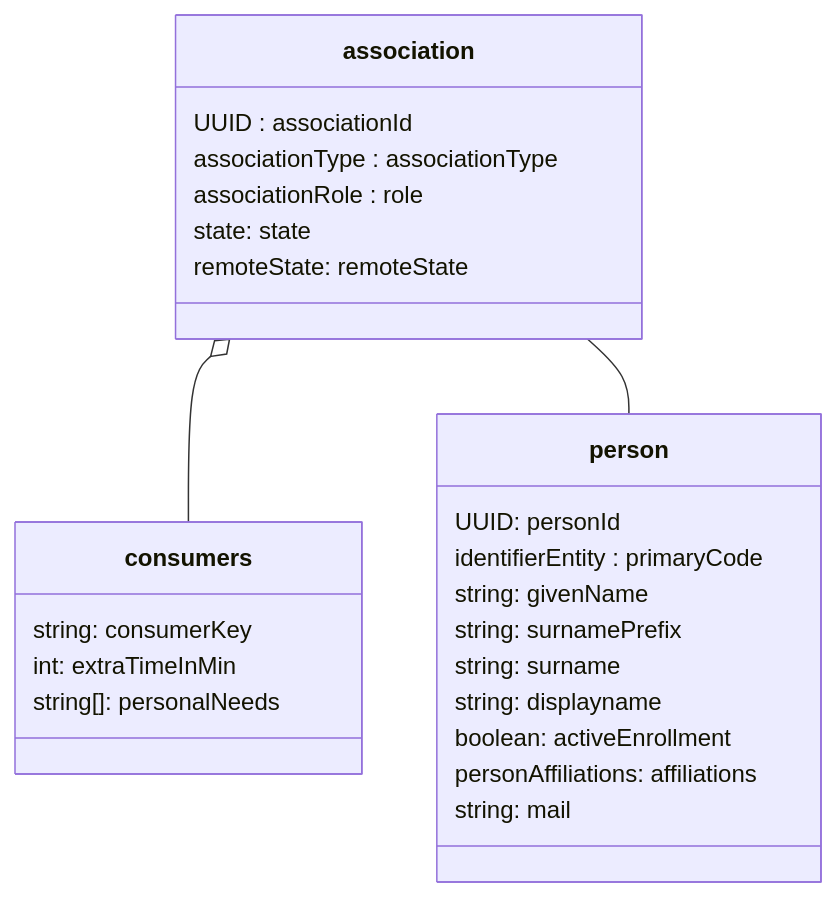
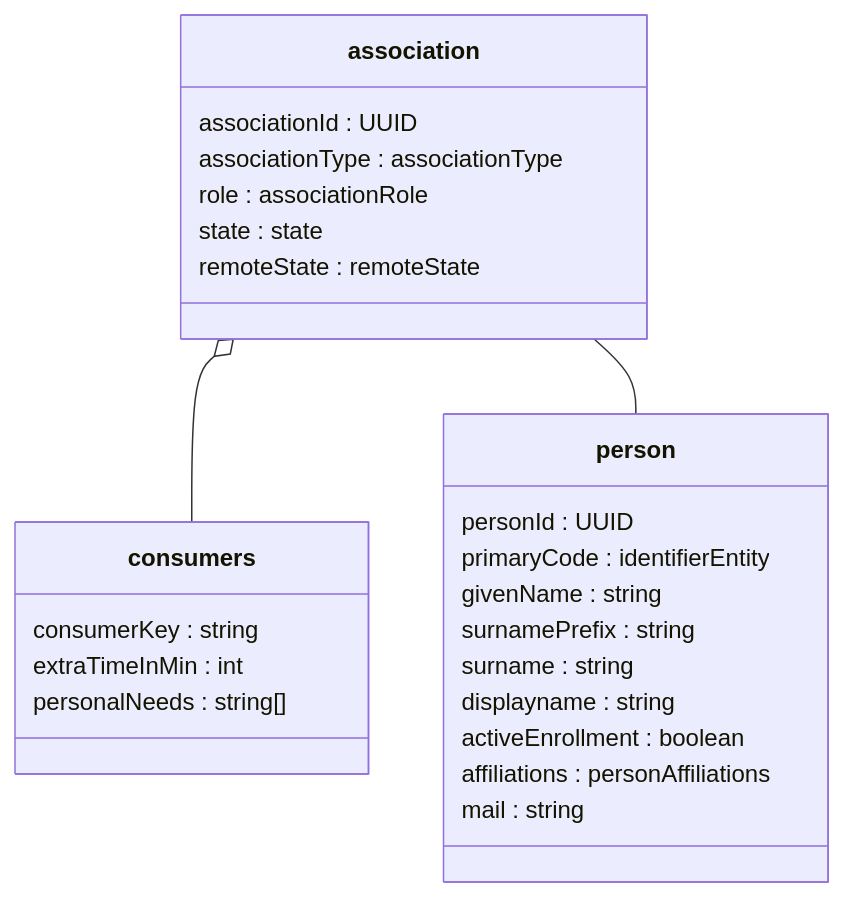
The fourth of 8 diagrams in doc/flow2.md (NetwerkExamineringDigitalisering/NED-OOAPI), drawn with Mermaid before and after one commit. The commit also changed other lines of this file, not shown here.

Commit message:
Update flow2.md
class diagrams fixed (name and type of attributes swapped)

````diff
--- a/doc/flow2.md
+++ b/doc/flow2.md
@@ -130,28 +130,28 @@
 ```mermaid
 classDiagram
     class association {
-    	UUID : associationId
+    	associationId : UUID
 	associationType : associationType
-	associationRole : role
-	state: state
-	remoteState: remoteState
+	role : associationRole
+	state : state
+	remoteState : remoteState
     }
     class consumers {
-    	string: consumerKey
-	int: extraTimeInMin
-	string[]: personalNeeds
+    	consumerKey : string
+	extraTimeInMin : int
+	personalNeeds : string[]
     }
     class person {
-	UUID: personId
-	identifierEntity : primaryCode
-	string: givenName
-	string: surnamePrefix
-	string: surname
-	string: displayname
-	boolean: activeEnrollment
-	personAffiliations: affiliations
-	string: mail
+	personId : UUID
+	primaryCode : identifierEntity
+	givenName : string
+	surnamePrefix : string 
+	surname : string
+	displayname : string
+	activeEnrollment : boolean 
+	affiliations : personAffiliations
+	mail : string
     }
     association o-- consumers
     association -- person
 ```
````
